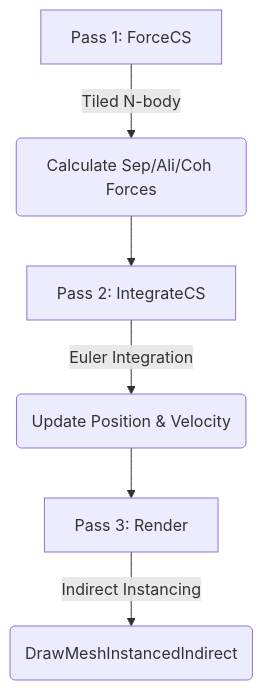
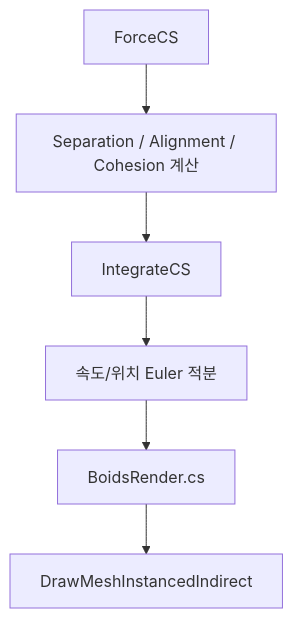
One commit to haelime/GPUBoidsSimulation changed the diagram in README.md. Above: the diagram before and after it, drawn with Mermaid. The commit also changed other lines of this file, not shown here.

````diff
--- a/README.md
+++ b/README.md
@@ -44,8 +38,8 @@
 ```mermaid
 graph TD
-    A[Pass 1: ForceCS] -->|Tiled N-body| B(Calculate Sep/Ali/Coh Forces)
-    B --> C[Pass 2: IntegrateCS]
-    C -->|Euler Integration| D(Update Position & Velocity)
-    D --> E[Pass 3: Render]
-    E -->|Indirect Instancing| F(DrawMeshInstancedIndirect)
+    A[ForceCS] --> B[Separation / Alignment / Cohesion 계산]
+    B --> C[IntegrateCS]
+    C --> D[속도/위치 Euler 적분]
+    D --> E[BoidsRender.cs]
+    E --> F[DrawMeshInstancedIndirect]
 ```
````
